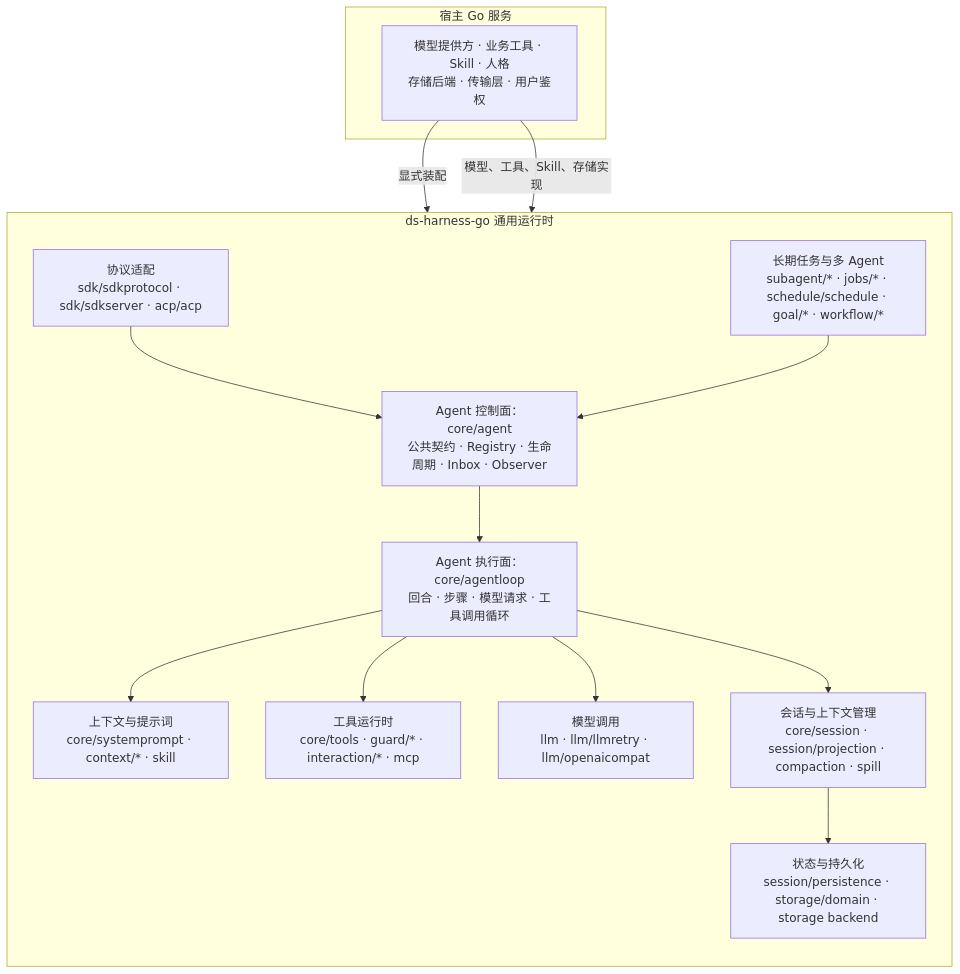
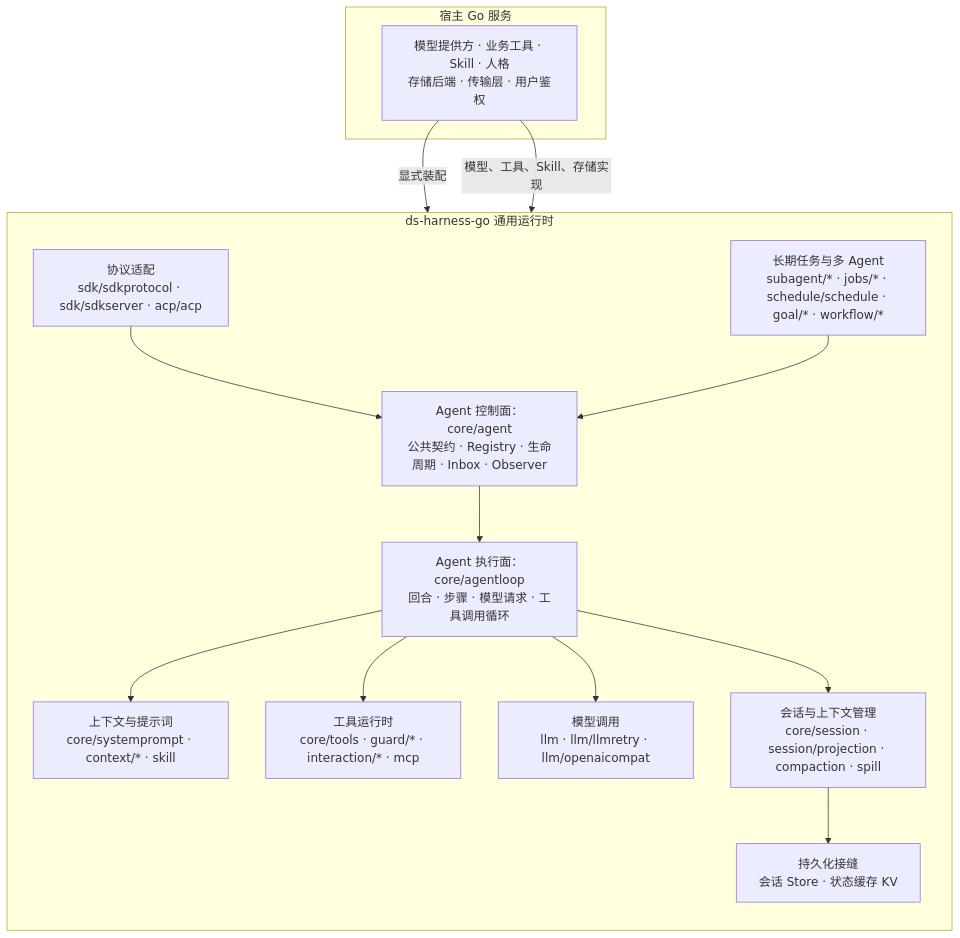
One commit to snight1983/ds-harness-go changed the first of 2 diagrams in README.md. Above: the diagram before and after it, drawn with Mermaid. The commit also changed other lines of this file and 17 other files, not shown here.

````diff
--- a/README.md
+++ b/README.md
@@ -42,33 +42,33 @@
 ```mermaid
 flowchart TB
     subgraph Host["宿主 Go 服务"]
         HostCapabilities["模型提供方 · 业务工具 · Skill · 人格<br/>存储后端 · 传输层 · 用户鉴权"]
     end
 
     subgraph Runtime["ds-harness-go 通用运行时"]
         direction TB
 
         Protocol["协议适配<br/>sdk/sdkprotocol · sdk/sdkserver · acp/acp"]
         Async["长期任务与多 Agent<br/>subagent/* · jobs/* · schedule/schedule · goal/* · workflow/*"]
         Control["Agent 控制面：core/agent<br/>公共契约 · Registry · 生命周期 · Inbox · Observer"]
         Loop["Agent 执行面：core/agentloop<br/>回合 · 步骤 · 模型请求 · 工具调用循环"]
 
         Prompt["上下文与提示词<br/>core/systemprompt · context/* · skill"]
         Tools["工具运行时<br/>core/tools · guard/* · interaction/* · mcp"]
         Model["模型调用<br/>llm · llm/llmretry · llm/openaicompat"]
         Session["会话与上下文管理<br/>core/session · session/projection · compaction · spill"]
-        Persistence["状态与持久化<br/>session/persistence · storage/domain · storage backend"]
+        Persistence["持久化接缝<br/>会话 Store · 状态缓存 KV"]
 
         Protocol --> Control
         Async --> Control
         Control --> Loop
         Loop --> Prompt
         Loop --> Tools
         Loop --> Model
         Loop --> Session
         Session --> Persistence
     end
 
     HostCapabilities -->|显式装配| Protocol
     HostCapabilities -->|模型、工具、Skill、存储实现| Control
 ```
````
